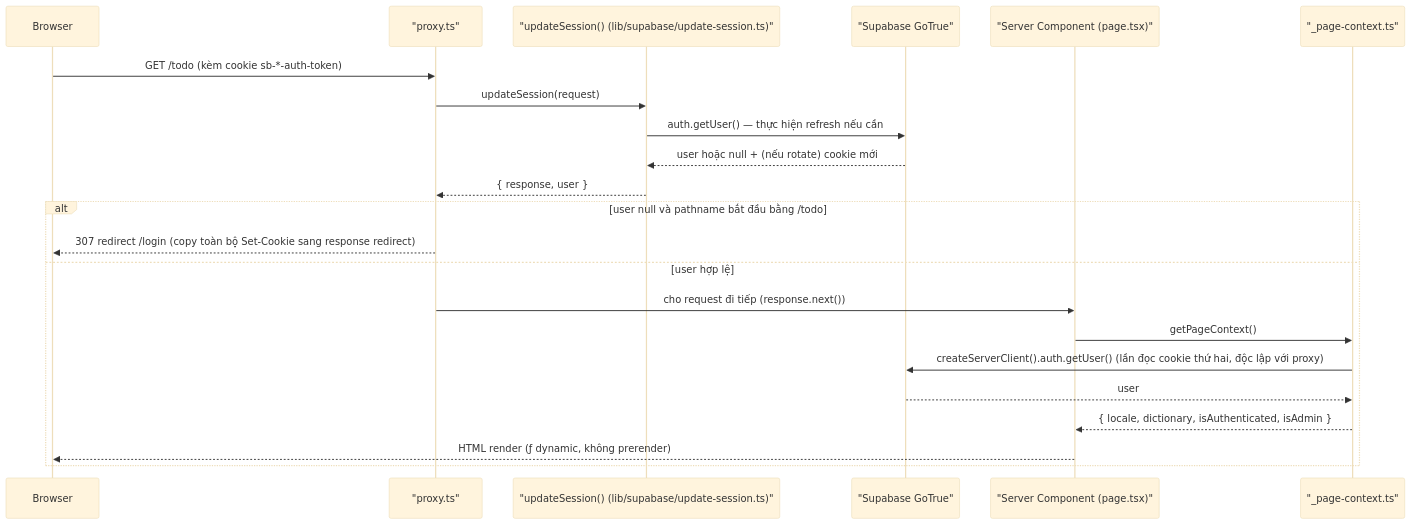
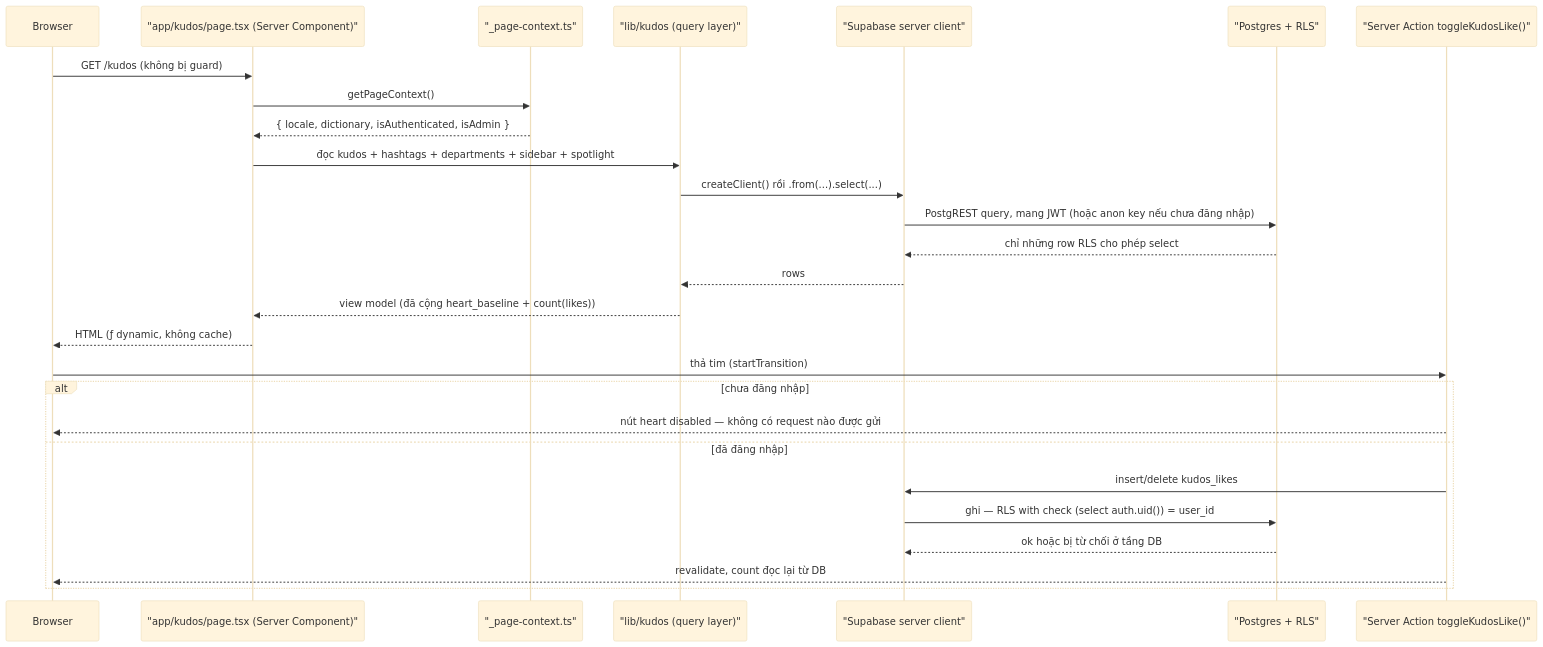
Before and after one commit to dungnv-2032/agentic-coding-hands-on: the second of 2 diagrams in docs/system/architecture.md, drawn with Mermaid (base theme). The commit also changed other lines of this file and 17 other files, not shown here.

Commit message:
docs(kudos): add feature specs, screen docs, flows, and update system architecture

````diff
--- a/docs/system/architecture.md
+++ b/docs/system/architecture.md
@@ -72,25 +99,31 @@
 ```mermaid
 sequenceDiagram
     participant B as Browser
-    participant P as "proxy.ts"
-    participant U as "updateSession() (lib/supabase/update-session.ts)"
-    participant S as "Supabase GoTrue"
-    participant PG as "Server Component (page.tsx)"
+    participant PG2 as "app/kudos/page.tsx (Server Component)"
     participant PC as "_page-context.ts"
+    participant KQ as "lib/kudos (query layer)"
+    participant S as "Supabase server client"
+    participant DB as "Postgres + RLS"
+    participant SA as "Server Action toggleKudosLike()"
 
-    B->>P: GET /todo (kèm cookie sb-*-auth-token)
-    P->>U: updateSession(request)
-    U->>S: auth.getUser() — thực hiện refresh nếu cần
-    S-->>U: user hoặc null + (nếu rotate) cookie mới
-    U-->>P: { response, user }
-    alt user null và pathname bắt đầu bằng /todo
-        P-->>B: 307 redirect /login (copy toàn bộ Set-Cookie sang response redirect)
-    else user hợp lệ
-        P->>PG: cho request đi tiếp (response.next())
-        PG->>PC: getPageContext()
-        PC->>S: createServerClient().auth.getUser() (lần đọc cookie thứ hai, độc lập với proxy)
-        S-->>PC: user
-        PC-->>PG: { locale, dictionary, isAuthenticated, isAdmin }
-        PG-->>B: HTML render (ƒ dynamic, không prerender)
+    B->>PG2: GET /kudos (không bị guard)
+    PG2->>PC: getPageContext()
+    PC-->>PG2: { locale, dictionary, isAuthenticated, isAdmin }
+    PG2->>KQ: đọc kudos + hashtags + departments + sidebar + spotlight
+    KQ->>S: createClient() rồi .from(...).select(...)
+    S->>DB: PostgREST query, mang JWT (hoặc anon key nếu chưa đăng nhập)
+    DB-->>S: chỉ những row RLS cho phép select
+    S-->>KQ: rows
+    KQ-->>PG2: view model (đã cộng heart_baseline + count(likes))
+    PG2-->>B: HTML (ƒ dynamic, không cache)
+
+    B->>SA: thả tim (startTransition)
+    alt chưa đăng nhập
+        SA-->>B: nút heart disabled — không có request nào được gửi
+    else đã đăng nhập
+        SA->>S: insert/delete kudos_likes
+        S->>DB: ghi — RLS with check (select auth.uid()) = user_id
+        DB-->>S: ok hoặc bị từ chối ở tầng DB
+        SA-->>B: revalidate, count đọc lại từ DB
     end
 ```
````
